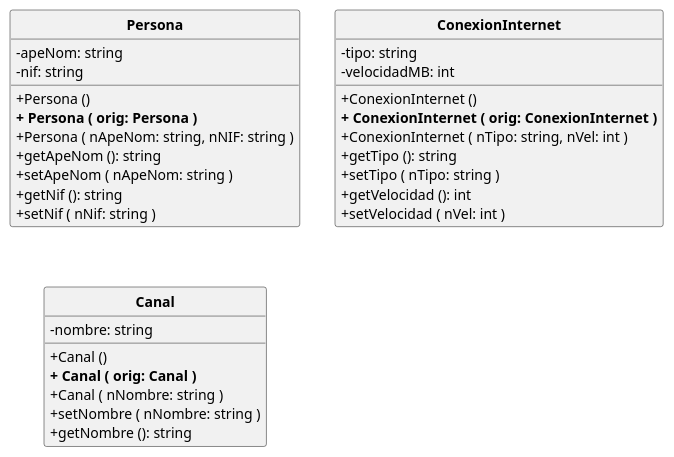
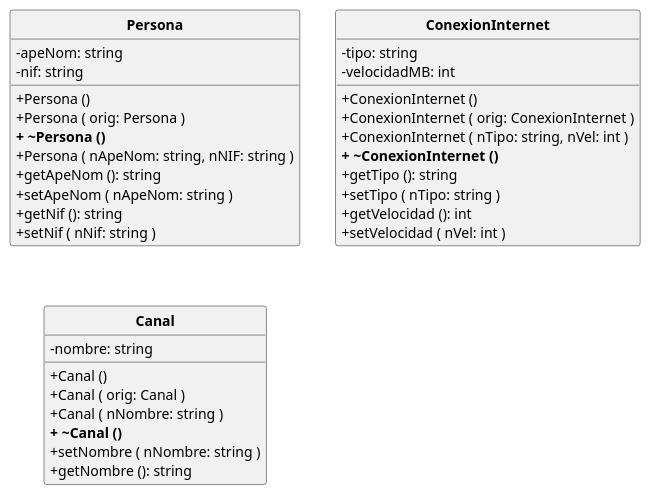
The diagram in PooFusion.puml (POOUJA/PooFusion), drawn with PlantUML before and after one commit. The commit also changed 1 other file, not shown here.

Commit message:
UML para la sesión 2_3
- Añadidos diagramas de clases en formato PlantUML y UMLet

```diff
--- a/PooFusion.puml
+++ b/PooFusion.puml
@@ -1,40 +1,43 @@
 @startuml
 
 hide circle
 skinparam classattributeiconsize 0
 skinparam classFontStyle bold
 
 class Persona {
  - apeNom: string
  - nif: string
  + Persona ()
- <b>+ Persona ( orig: Persona )</b>
+ + Persona ( orig: Persona )
+ <b>+ ~Persona ()
  + Persona ( nApeNom: string, nNIF: string )
  + getApeNom (): string
  + setApeNom ( nApeNom: string )
  + getNif (): string
  + setNif ( nNif: string )
 }
 
 class ConexionInternet {
  - tipo: string
  - velocidadMB: int
  + ConexionInternet ()
- <b>+ ConexionInternet ( orig: ConexionInternet )</b>
+ + ConexionInternet ( orig: ConexionInternet )
  + ConexionInternet ( nTipo: string, nVel: int )
+ <b>+ ~ConexionInternet ()
  + getTipo (): string
  + setTipo ( nTipo: string )
  + getVelocidad (): int
  + setVelocidad ( nVel: int )
 }
 
 class Canal {
  - nombre: string
  + Canal ()
- <b>+ Canal ( orig: Canal )</b>
+ + Canal ( orig: Canal )
  + Canal ( nNombre: string )
+ <b>+ ~Canal ()
  + setNombre ( nNombre: string )
  + getNombre (): string
 }
 
 @enduml
```
